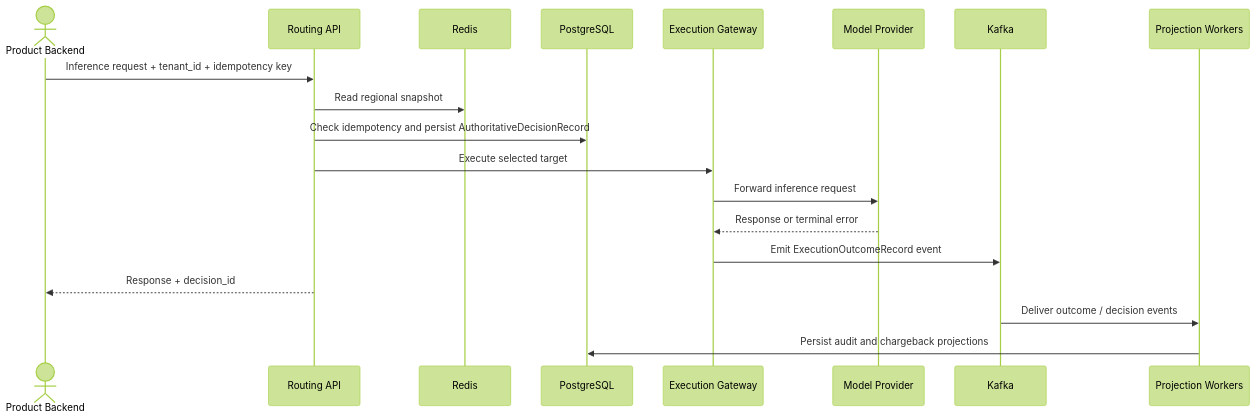
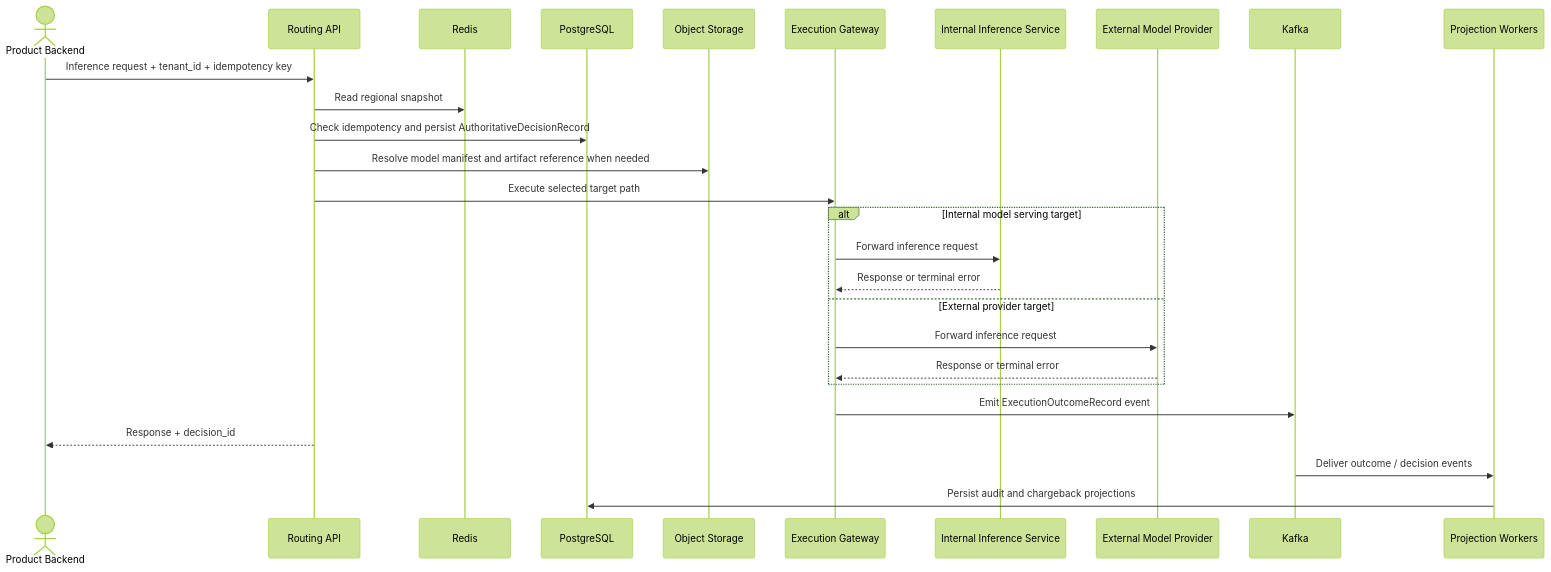
The fourth of 5 diagrams in README.md (brandon-benge/example-model-routing), drawn with Mermaid (forest theme) before and after one commit. The commit also changed other lines of this file and 6 other files, not shown here.

````diff
--- a/README.md
+++ b/README.md
@@ -91,22 +123,30 @@
 ```mermaid
 sequenceDiagram
     actor App as Product Backend
     participant Route as Routing API
     participant Cache as Redis
     participant DB as PostgreSQL
+    participant Obj as Object Storage
     participant Exec as Execution Gateway
-    participant Provider as Model Provider
+    participant Internal as Internal Inference Service
+    participant Provider as External Model Provider
     participant Bus as Kafka
     participant Proj as Projection Workers
 
     App->>Route: Inference request + tenant_id + idempotency key
     Route->>Cache: Read regional snapshot
     Route->>DB: Check idempotency and persist AuthoritativeDecisionRecord
-    Route->>Exec: Execute selected target
-    Exec->>Provider: Forward inference request
-    Provider-->>Exec: Response or terminal error
+    Route->>Obj: Resolve model manifest and artifact reference when needed
+    Route->>Exec: Execute selected target path
+    alt Internal model serving target
+        Exec->>Internal: Forward inference request
+        Internal-->>Exec: Response or terminal error
+    else External provider target
+        Exec->>Provider: Forward inference request
+        Provider-->>Exec: Response or terminal error
+    end
     Exec->>Bus: Emit ExecutionOutcomeRecord event
     Route-->>App: Response + decision_id
     Bus->>Proj: Deliver outcome / decision events
     Proj->>DB: Persist audit and chargeback projections
 ```
````
